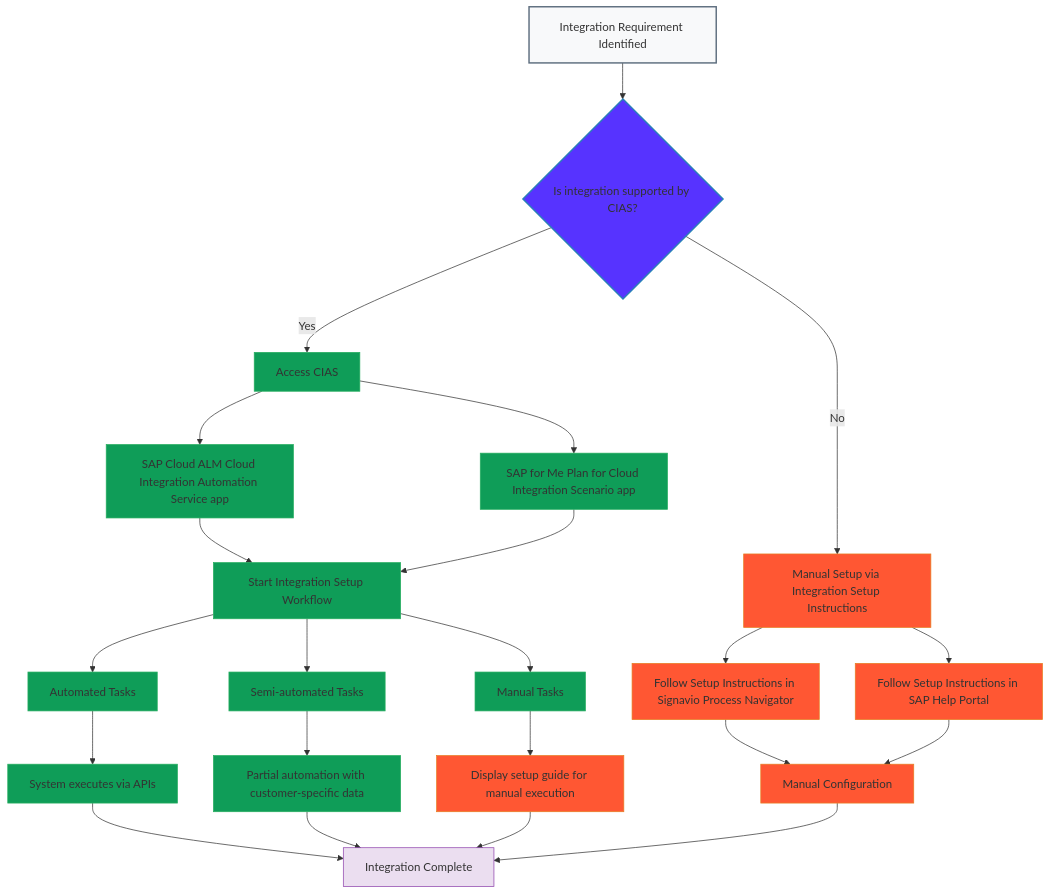
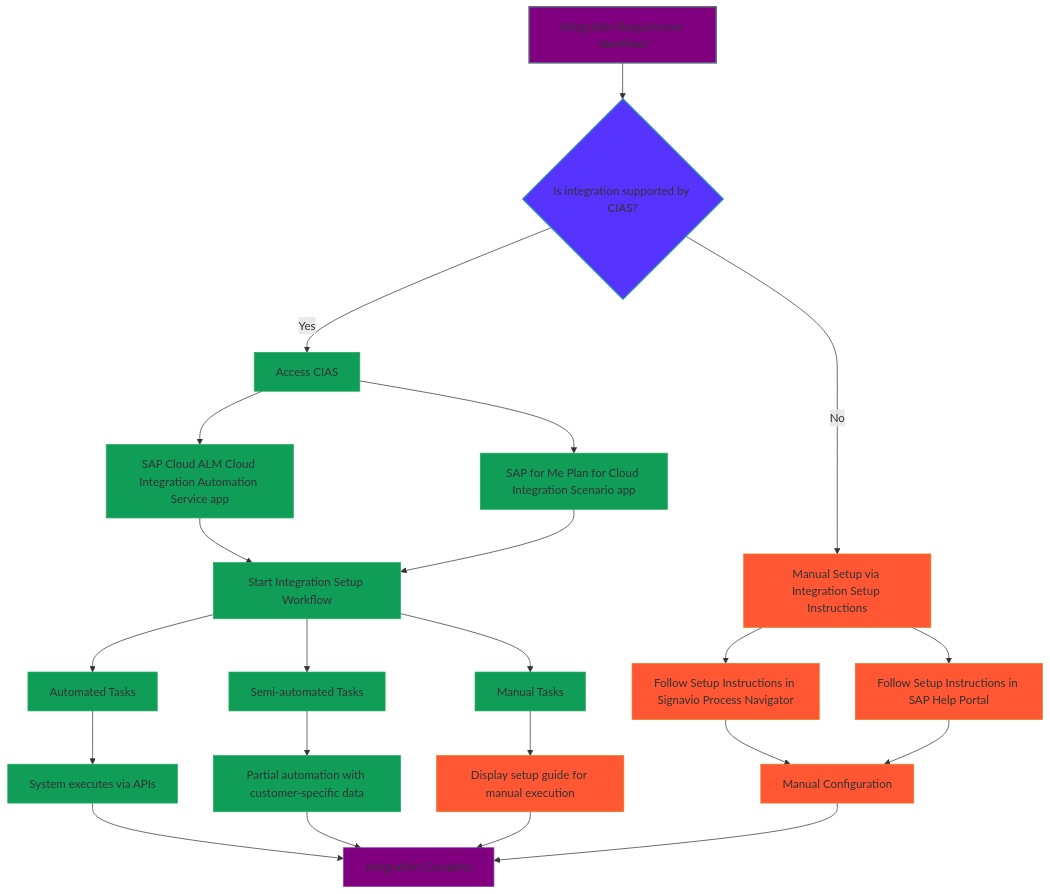
The diagram in CIAS-workflow.md (sapflashcards/S4CPE), drawn with Mermaid before and after one commit.

````diff
--- a/CIAS-workflow.md
+++ b/CIAS-workflow.md
@@ -1,43 +1,43 @@
 ```mermaid
 flowchart TB
     A[Integration Requirement Identified] --> B{Is integration supported by CIAS?}
     B -->|Yes| C[Access CIAS]
     B -->|No| D[Manual Setup via Integration Setup Instructions]
     
     C --> C1[SAP Cloud ALM Cloud Integration Automation Service app]
     C --> C2[SAP for Me Plan for Cloud Integration Scenario app]
     
     C1 --> E[Start Integration Setup Workflow]
     C2 --> E
     
     E --> F[Automated Tasks]
     E --> G[Semi-automated Tasks]
     E --> H[Manual Tasks]
     
     F --> F1[System executes via APIs]
     G --> G1[Partial automation with customer-specific data]
     H --> H1[Display setup guide for manual execution]
     
     F1 --> I[Integration Complete]
     G1 --> I
     H1 --> I
     
     D --> J[Follow Setup Instructions in Signavio Process Navigator]
     D --> K[Follow Setup Instructions in SAP Help Portal]
     
     J --> L[Manual Configuration]
     K --> L
     L --> I
     
-    classDef start fill:#f8f9fa,stroke:#5d6d7e,stroke-width:2px;
+    classDef start fill:#800080,stroke:#5d6d7e,stroke-width:2px;
     classDef decision fill:#5733FF,stroke:#2980b9,stroke-width:2px;
     classDef process fill:#0F9D58,stroke:#27ae60,stroke-width:1px;
     classDef manual fill:#FF5733,stroke:#e67e22,stroke-width:1px;
-    classDef wend fill:#ebdef0,stroke:#8e44ad,stroke-width:1px;
+    classDef wend fill:#800080,stroke:#8e44ad,stroke-width:1px;
     
     class A start;
     class B decision;
     class C,C1,C2,E,F,G,H,F1,G1 process;
     class D,H1,J,K,L manual;
     class I wend;
 ```
````
